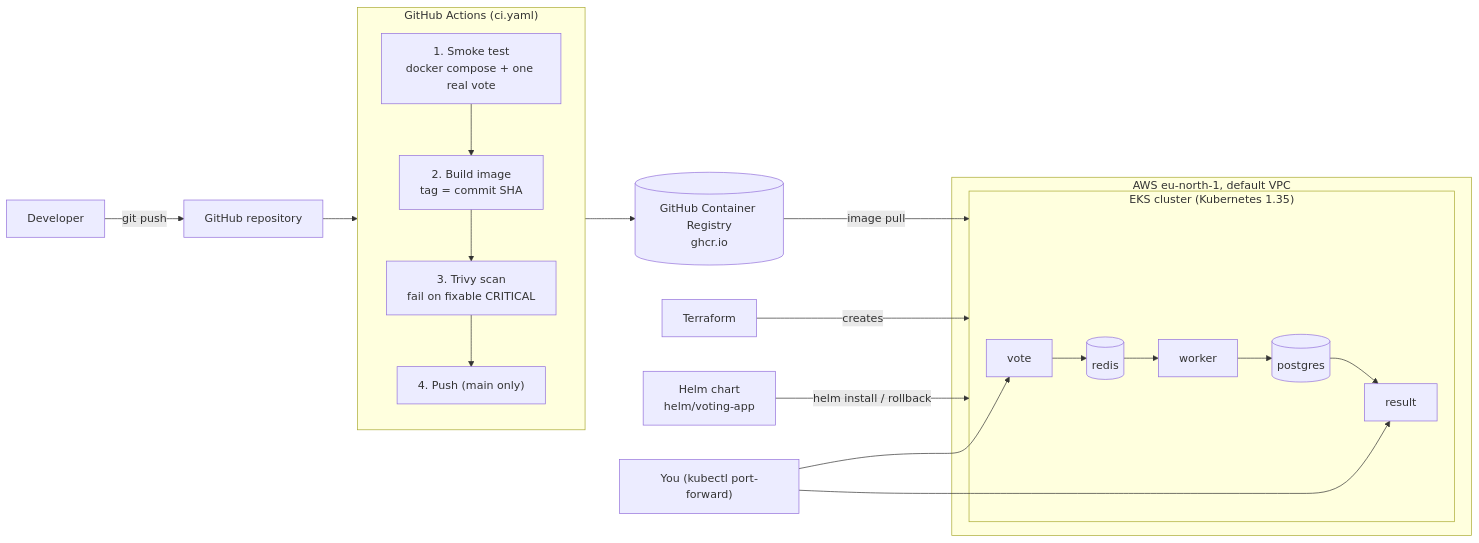
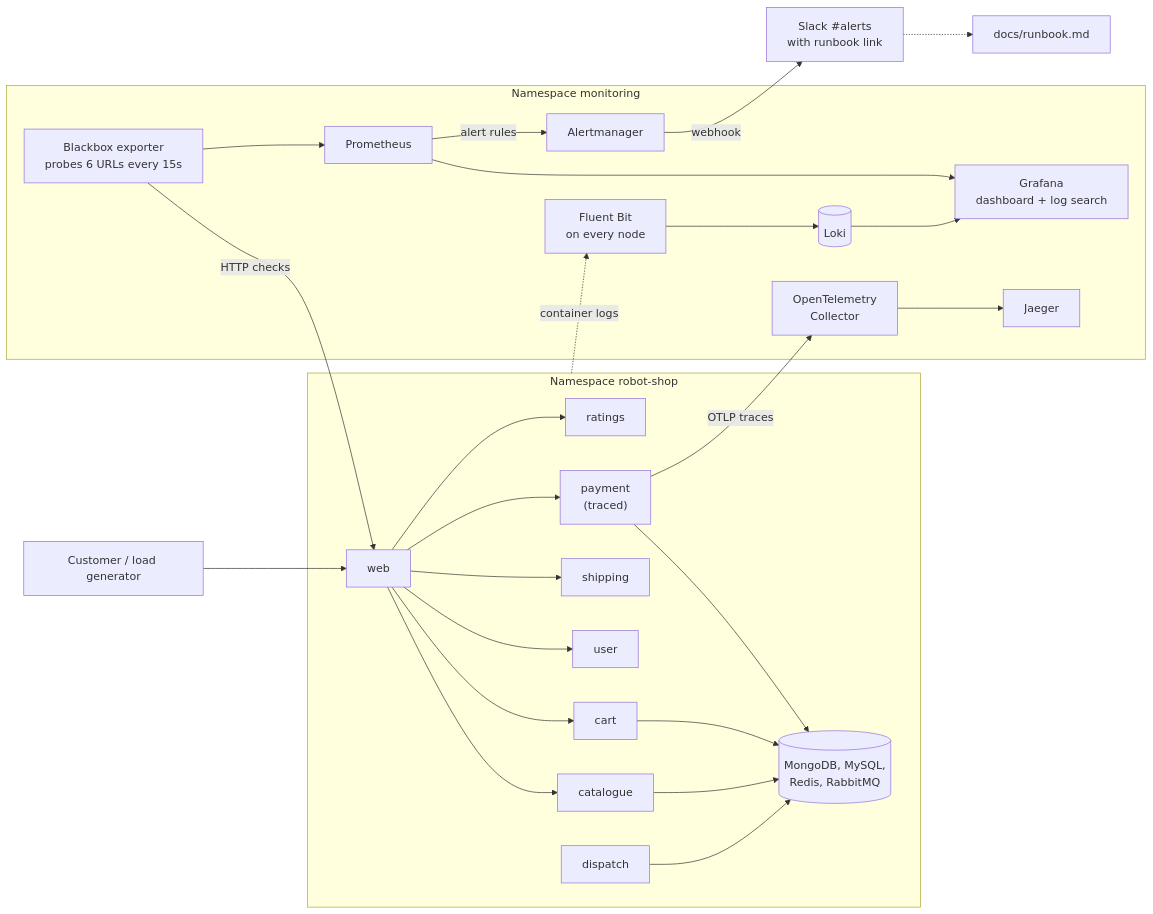
The diagram in README.md (AdekunleProject/robot-shop), drawn with Mermaid before and after one commit. The commit also changed other lines of this file and 2 other files, not shown here.

Commit message:
Add postmortem, update runbook and README, add screenshots

````diff
--- a/README.md
+++ b/README.md
@@ -24,36 +23,41 @@
 ```mermaid
 flowchart LR
-    dev["Developer"] -->|git push| repo["GitHub repository"]
+    customer["Customer / load generator"] --> web
 
-    subgraph ci["GitHub Actions (ci.yaml)"]
-        direction TB
-        smoke["1. Smoke test<br/>docker compose + one real vote"]
-        build["2. Build image<br/>tag = commit SHA"]
-        scan["3. Trivy scan<br/>fail on fixable CRITICAL"]
-        push["4. Push (main only)"]
-        smoke --> build --> scan --> push
-    end
-    repo --> ci
-    push --> ghcr[("GitHub Container Registry<br/>ghcr.io")]
-
-    tf["Terraform"] -->|creates| eks
-
-    subgraph aws["AWS eu-north-1, default VPC"]
-        subgraph eks["EKS cluster (Kubernetes 1.35)"]
-            vote["vote"]
-            result["result"]
-            worker["worker"]
-            redis[("redis")]
-            db[("postgres")]
-            vote --> redis
-            redis --> worker
-            worker --> db
-            db --> result
-        end
+    subgraph rs["Namespace robot-shop"]
+        web["web"]
+        catalogue["catalogue"]
+        cart["cart"]
+        user["user"]
+        shipping["shipping"]
+        payment["payment<br/>(traced)"]
+        ratings["ratings"]
+        dispatch["dispatch"]
+        data[("MongoDB, MySQL,<br/>Redis, RabbitMQ")]
+        web --> catalogue & cart & user & shipping & payment & ratings
+        payment --> data
+        dispatch --> data
+        catalogue --> data
+        cart --> data
     end
 
-    helm["Helm chart<br/>helm/voting-app"] -->|helm install / rollback| eks
-    ghcr -->|image pull| eks
-    user["You (kubectl port-forward)"] --> vote
-    user --> result
+    subgraph mon["Namespace monitoring"]
+        bb["Blackbox exporter<br/>probes 6 URLs every 15s"]
+        prom["Prometheus"]
+        graf["Grafana<br/>dashboard + log search"]
+        am["Alertmanager"]
+        fb["Fluent Bit<br/>on every node"]
+        loki[("Loki")]
+        otel["OpenTelemetry<br/>Collector"]
+        jaeger["Jaeger"]
+    end
+
+    bb -->|HTTP checks| web
+    bb --> prom
+    prom --> graf
+    prom -->|alert rules| am
+    am -->|webhook| slack["Slack #alerts<br/>with runbook link"]
+    rs -.->|container logs| fb --> loki --> graf
+    payment -->|OTLP traces| otel --> jaeger
+    slack -.-> runbook["docs/runbook.md"]
 ```
````
